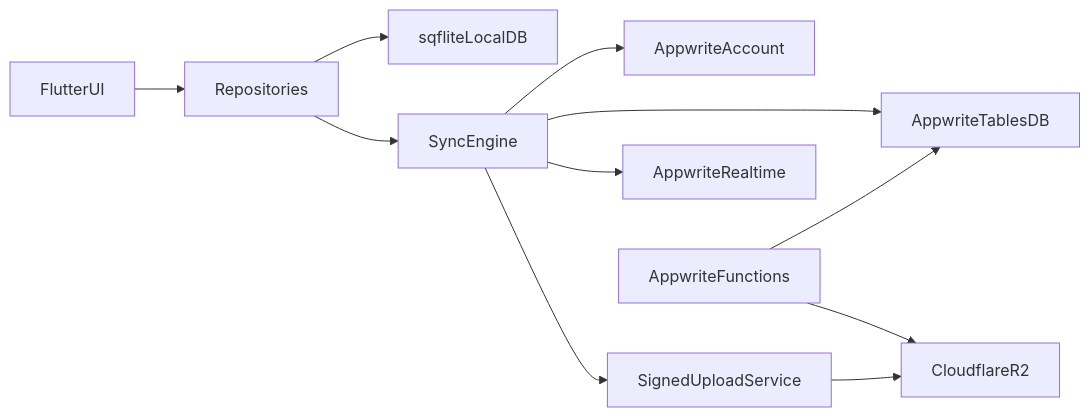
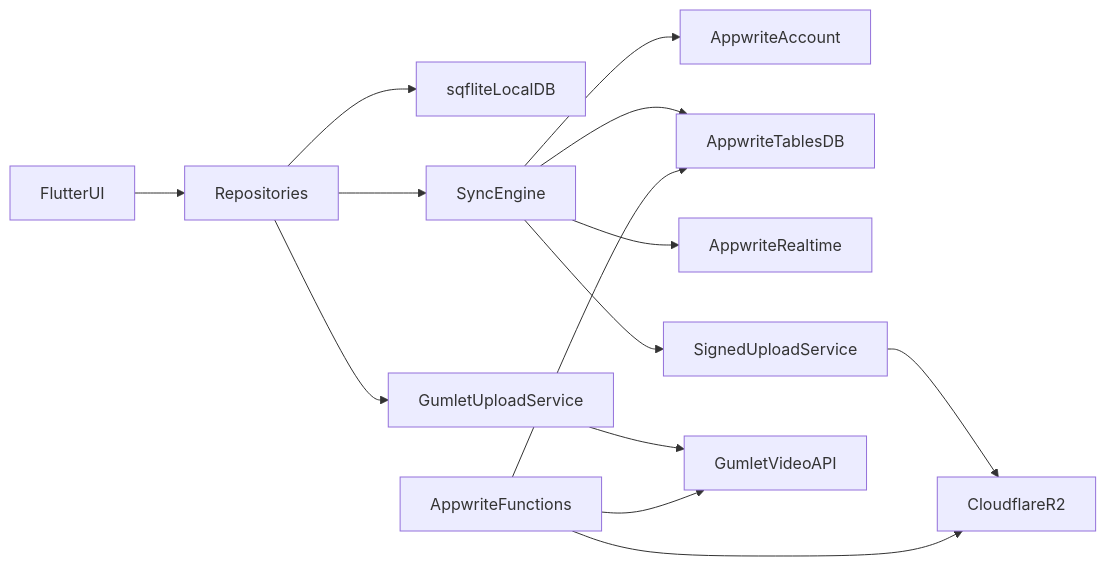
One commit to Nouradawy/WhatsUnity changed the first of 2 diagrams in MIGRATION_PLAN.md. Above: the diagram before and after it, drawn with Mermaid. The commit also changed other lines of this file and 15 other files, not shown here.

````diff
--- a/MIGRATION_PLAN.md
+++ b/MIGRATION_PLAN.md
@@ -227,13 +234,16 @@
 ```mermaid
 flowchart LR
   flutterUI[FlutterUI] --> repositories[Repositories]
   repositories --> localDb[sqfliteLocalDB]
   repositories --> syncEngine[SyncEngine]
   syncEngine --> appwriteAccount[AppwriteAccount]
   syncEngine --> appwriteTables[AppwriteTablesDB]
   syncEngine --> appwriteRealtime[AppwriteRealtime]
   syncEngine --> signedUploadService[SignedUploadService]
   signedUploadService --> cloudflareR2[CloudflareR2]
+  repositories --> gumletUploadService[GumletUploadService]
+  gumletUploadService --> gumletVideoAPI[GumletVideoAPI]
   appwriteFunctions[AppwriteFunctions] --> appwriteTables
   appwriteFunctions --> cloudflareR2
+  appwriteFunctions --> gumletVideoAPI
 ```
````
